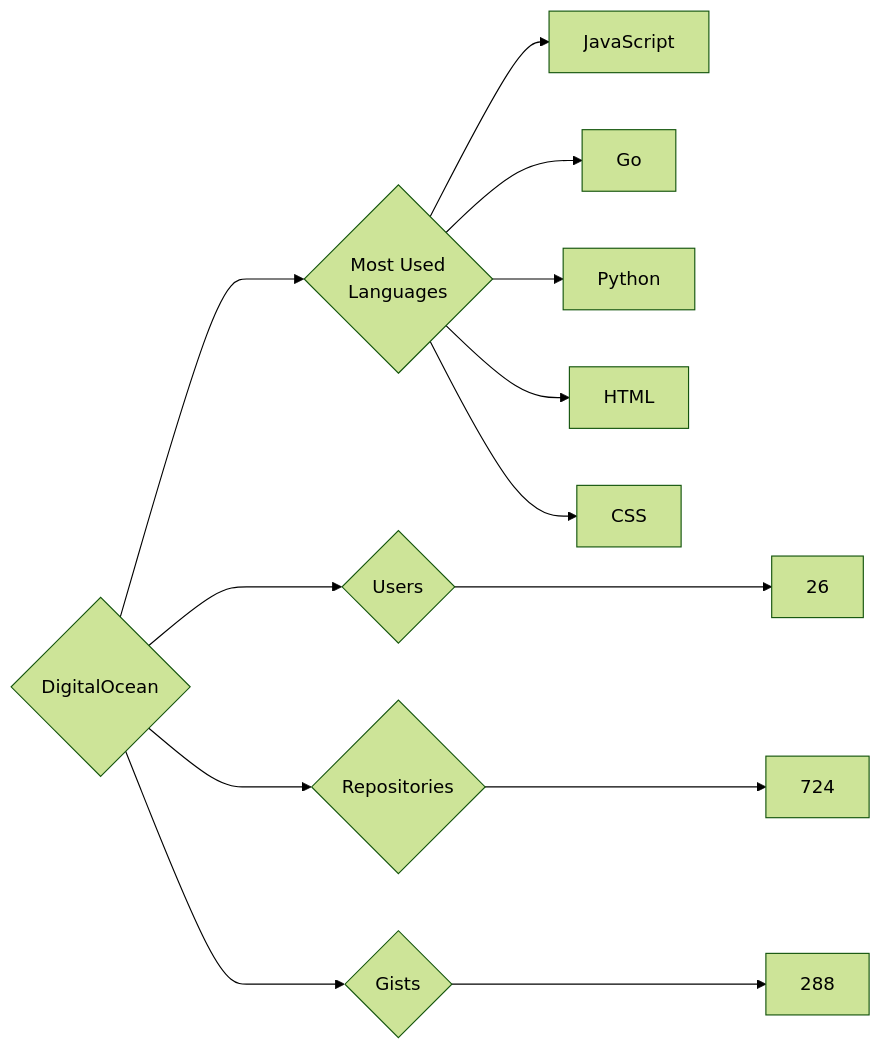
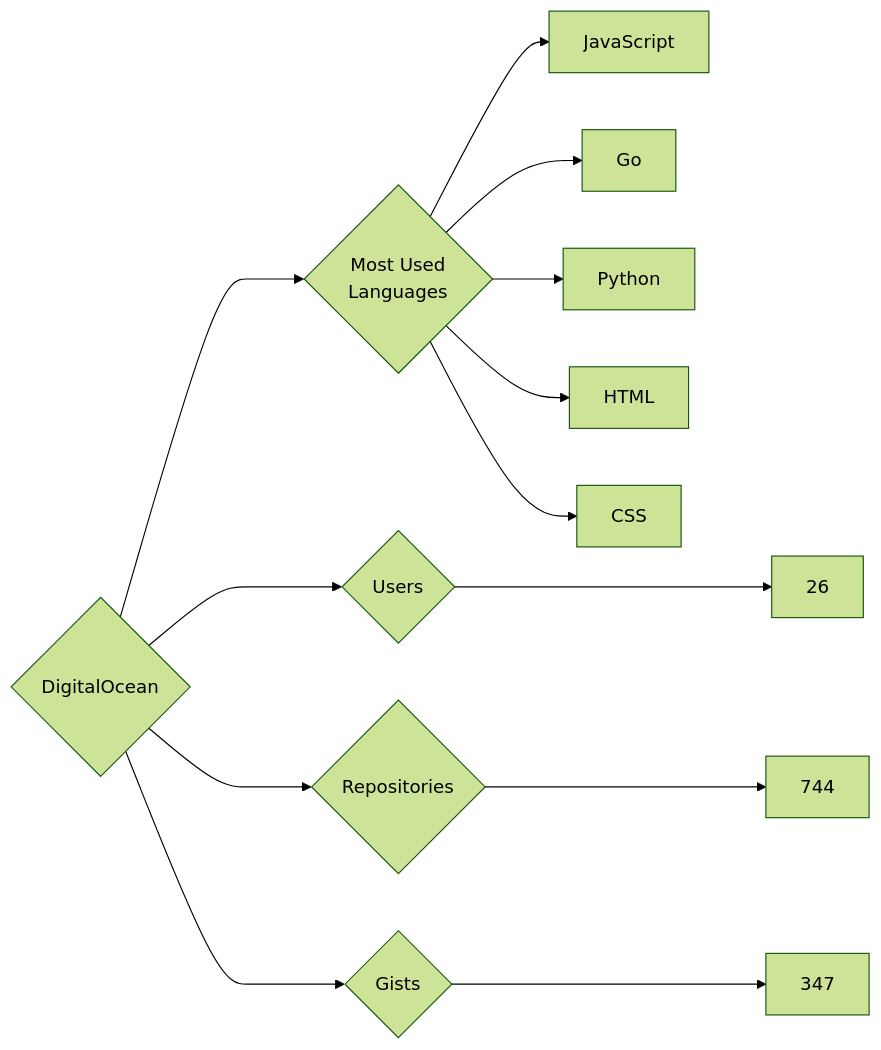
The diagram in targets/DigitalOcean/README.md (trickest/insiders), drawn with Mermaid (forest theme) before and after one commit. The commit also changed 640 other files, not shown here.

````diff
--- a/targets/DigitalOcean/README.md
+++ b/targets/DigitalOcean/README.md
@@ -3,13 +3,13 @@
 ```mermaid
 graph LR
 COMPANY_NAME{DigitalOcean}
 COMPANY_NAME ---> U{Users} ---> UN[26]
-COMPANY_NAME ---> R{Repositories} ---> RN[724]
-COMPANY_NAME ---> G{Gists} ---> GN[288]
+COMPANY_NAME ---> R{Repositories} ---> RN[744]
+COMPANY_NAME ---> G{Gists} ---> GN[347]
 COMPANY_NAME ---> ML{Most Used<br>Languages}
 ML --> JavaScript[JavaScript]
 ML --> Go[Go]
 ML --> Python[Python]
 ML --> HTML[HTML]
 ML --> CSS[CSS]
 ```
````
